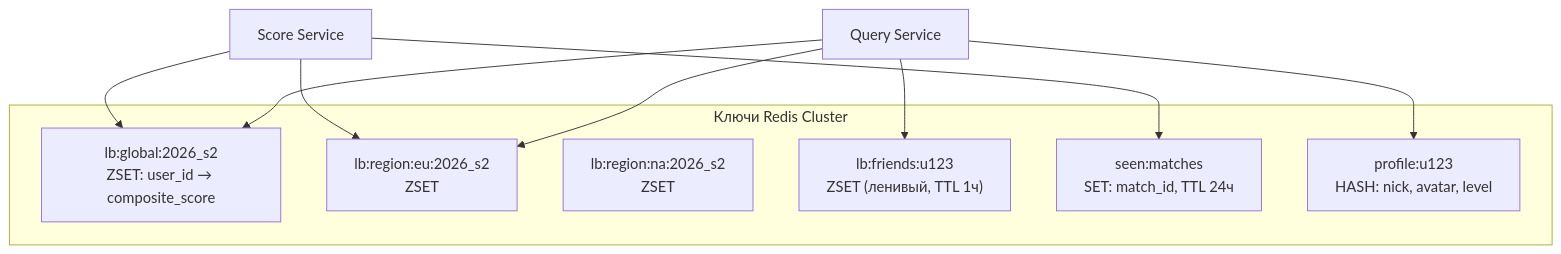
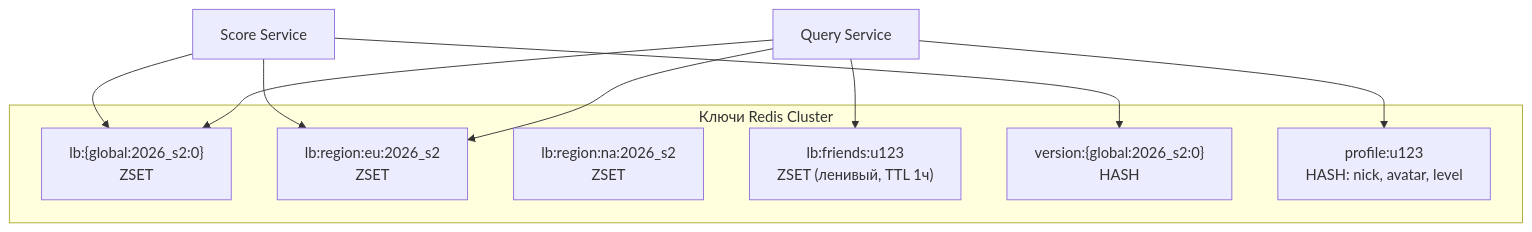
The third of 5 diagrams in 02-case-studies/leaderboard.md (AlohaJava/system-design-interview-chamkin), drawn with Mermaid before and after one commit. The commit also changed other lines of this file and 49 other files, not shown here.

````diff
--- a/02-case-studies/leaderboard.md
+++ b/02-case-studies/leaderboard.md
@@ -206,18 +179,18 @@
 ```mermaid
 flowchart TB
     subgraph Keys["Ключи Redis Cluster"]
-        K1["lb:global:2026_s2<br/>ZSET: user_id → composite_score"]
+        K1["lb:{global:2026_s2:0}<br/>ZSET"]
         K2["lb:region:eu:2026_s2<br/>ZSET"]
         K3["lb:region:na:2026_s2<br/>ZSET"]
         K4["lb:friends:u123<br/>ZSET (ленивый, TTL 1ч)"]
-        K5["seen:matches<br/>SET: match_id, TTL 24ч"]
+        K5["version:{global:2026_s2:0}<br/>HASH"]
         K6["profile:u123<br/>HASH: nick, avatar, level"]
     end
     QS["Query Service"] --> K1
     QS --> K2
     QS --> K4
     QS --> K6
     SS["Score Service"] --> K1
     SS --> K2
     SS --> K5
 ```
````
